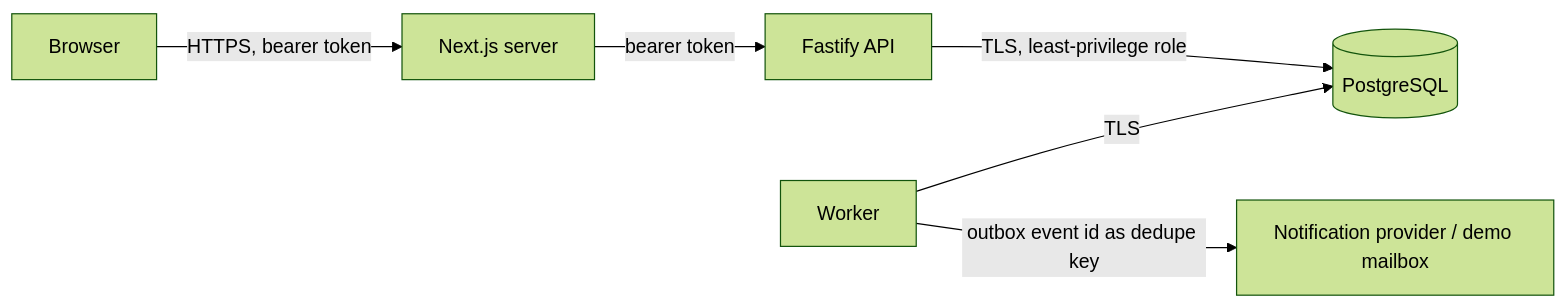
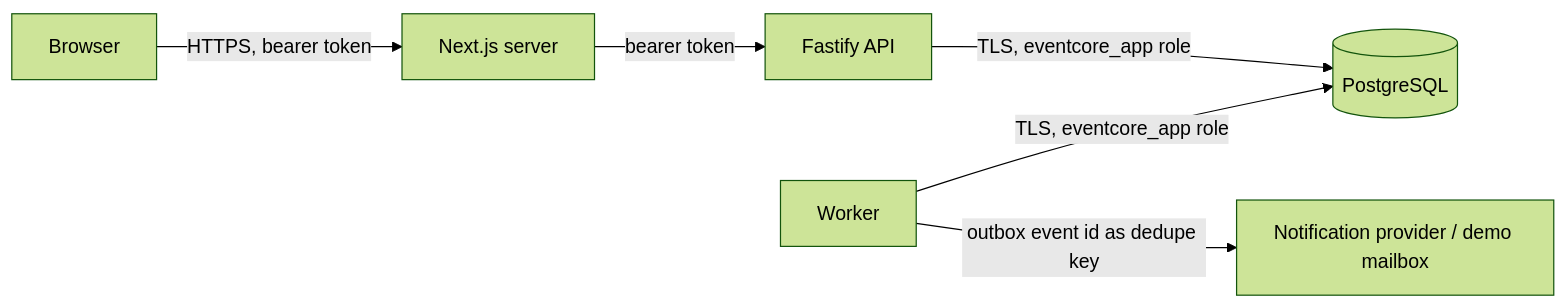
The diagram in docs/threat-model.md (IgorFelipe7/eventcore), drawn with Mermaid (forest theme) before and after one commit. The commit also changed other lines of this file and 7 other files, not shown here.

First line of the commit message:
feat(db): data-only role for the API and the worker (#12)

````diff
--- a/docs/threat-model.md
+++ b/docs/threat-model.md
@@ -7,8 +7,8 @@
 ```mermaid
 flowchart LR
   B[Browser] -- HTTPS, bearer token --> W[Next.js server]
   W -- bearer token --> A[Fastify API]
-  A -- TLS, least-privilege role --> D[(PostgreSQL)]
-  J[Worker] -- TLS --> D
+  A -- TLS, eventcore_app role --> D[(PostgreSQL)]
+  J[Worker] -- TLS, eventcore_app role --> D
   J -- outbox event id as dedupe key --> P[Notification provider / demo mailbox]
 ```
````
